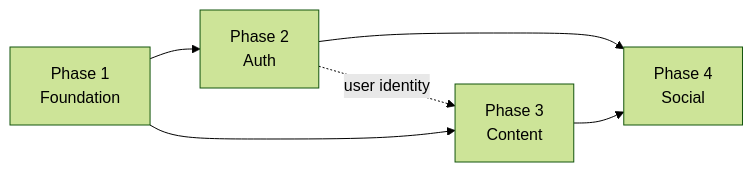
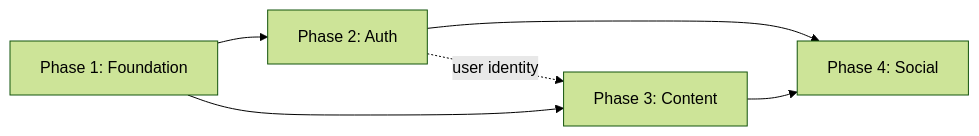
Before and after one commit to Xavier-Brinon/get-my-shit-done: the diagram in get-my-shit-done/templates/roadmap.org, drawn with Mermaid (forest theme). The commit also changed other lines of this file and 2 other files, not shown here.

First line of the commit message:
feat(01-02): replace ob-mermaid blocks in adr.org, roadmap.org, and research.org

```diff
--- a/get-my-shit-done/templates/roadmap.org
+++ b/get-my-shit-done/templates/roadmap.org
@@ -105,8 +120,8 @@
-#+begin_src mermaid :file phase-dependencies.png :exports results
+#+begin_src mermaid :exports none
 flowchart LR
-    P1["Phase 1\nFoundation"] --> P2["Phase 2\nAuth"]
-    P1 --> P3["Phase 3\nContent"]
-    P2 --> P4["Phase 4\nSocial"]
+    P1["Phase 1: Foundation"] --> P2["Phase 2: Auth"]
+    P1 --> P3["Phase 3: Content"]
+    P2 --> P4["Phase 4: Social"]
     P3 --> P4
     P2 -.->|"user identity"| P3
 #+end_src
```
